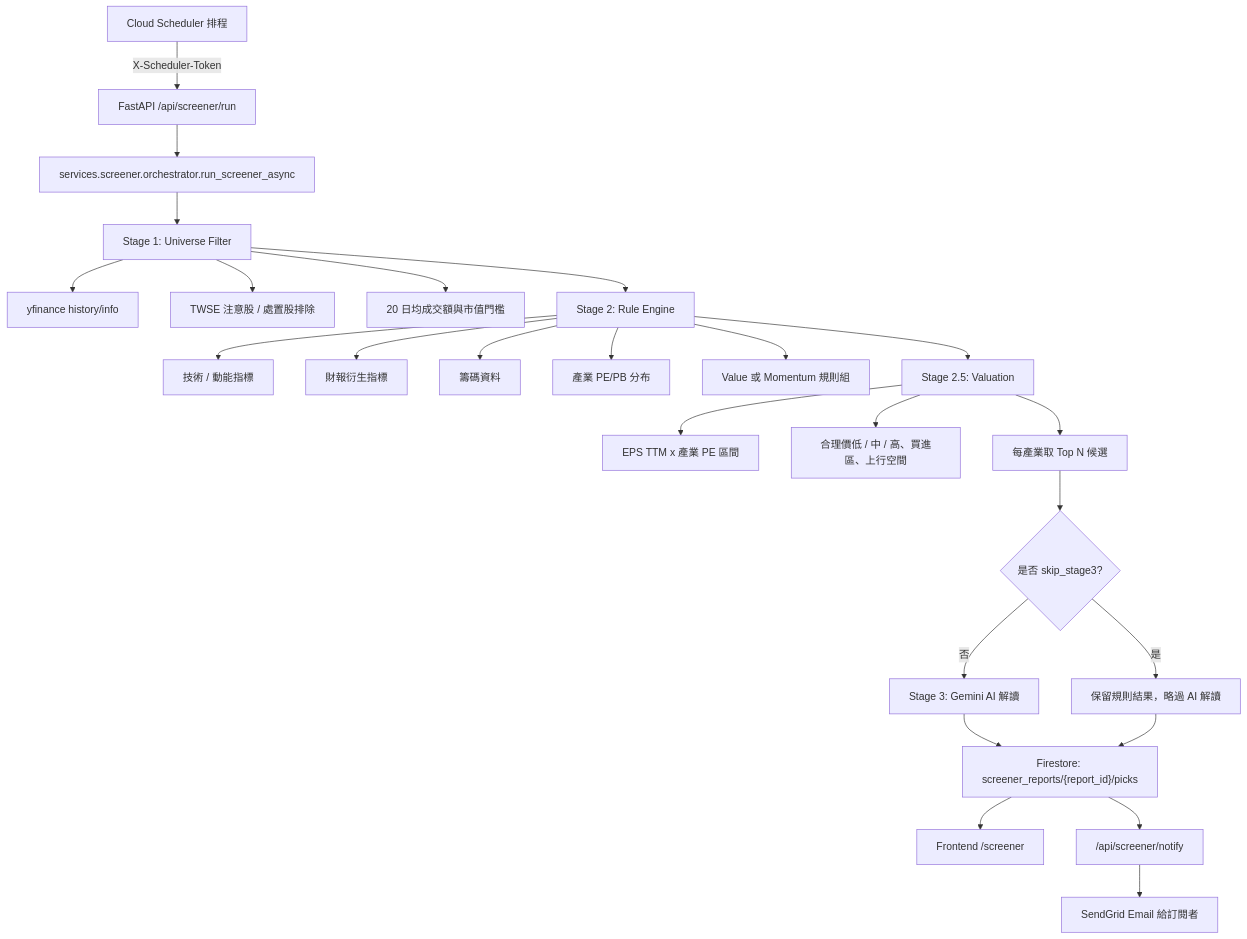
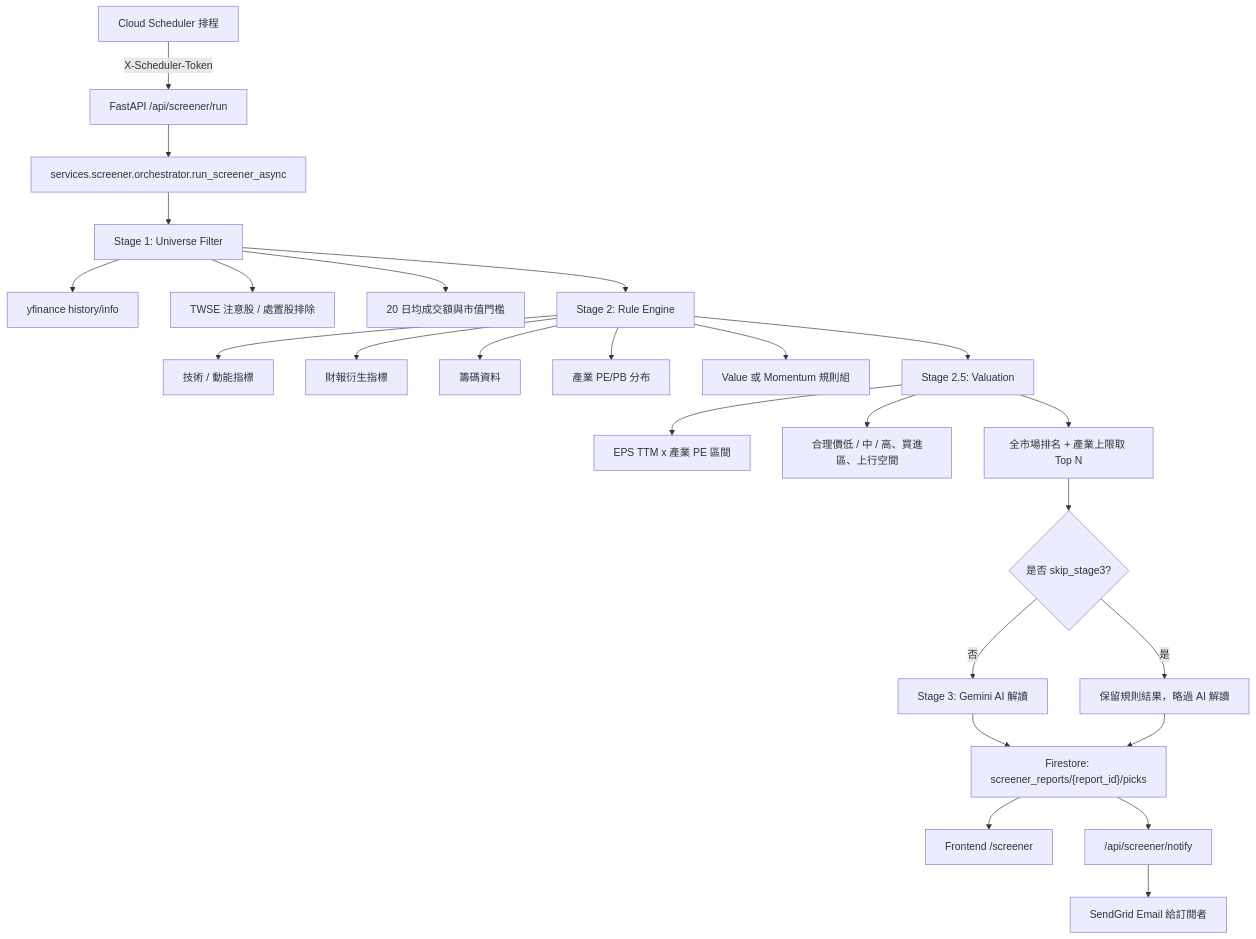
The first of 8 diagrams in SCREENER_ARCHITECTURE.md (dddenrose/Navi), drawn with Mermaid before and after one commit. The commit also changed other lines of this file and 29 other files, not shown here.

````diff
--- a/SCREENER_ARCHITECTURE.md
+++ b/SCREENER_ARCHITECTURE.md
@@ -7,33 +7,33 @@
 ```mermaid
 flowchart TD
   A[Cloud Scheduler 排程] -->|X-Scheduler-Token| B["FastAPI /api/screener/run"]
   B --> C[services.screener.orchestrator.run_screener_async]
 
   C --> D[Stage 1: Universe Filter]
   D --> D1[yfinance history/info]
   D --> D2[TWSE 注意股 / 處置股排除]
   D --> D3[20 日均成交額與市值門檻]
 
   D --> E[Stage 2: Rule Engine]
   E --> E1[技術 / 動能指標]
   E --> E2[財報衍生指標]
   E --> E3[籌碼資料]
   E --> E4[產業 PE/PB 分布]
   E --> E5[Value 或 Momentum 規則組]
 
   E --> F[Stage 2.5: Valuation]
   F --> F1[EPS TTM x 產業 PE 區間]
   F --> F2[合理價低 / 中 / 高、買進區、上行空間]
 
-  F --> G[每產業取 Top N 候選]
+  F --> G[全市場排名 + 產業上限取 Top N]
   G --> H{是否 skip_stage3?}
   H -->|否| I[Stage 3: Gemini AI 解讀]
   H -->|是| J[保留規則結果，略過 AI 解讀]
 
   I --> K["Firestore: screener_reports/{report_id}/picks"]
   J --> K
 
   K --> L["Frontend /screener"]
   K --> M["/api/screener/notify"]
   M --> N[SendGrid Email 給訂閱者]
 ```
````
